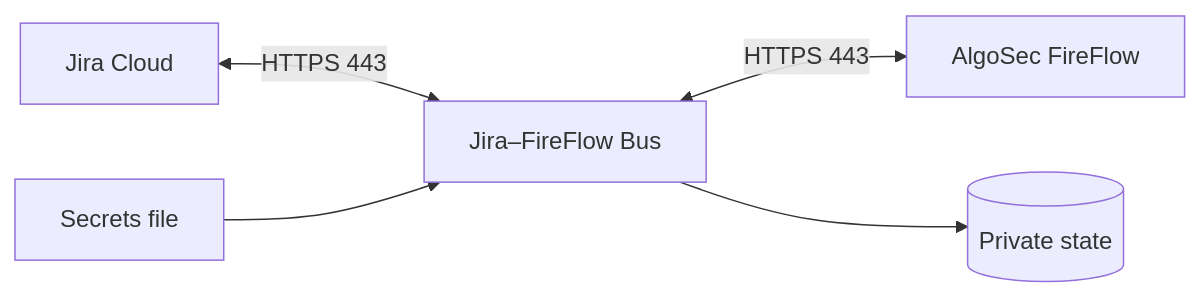
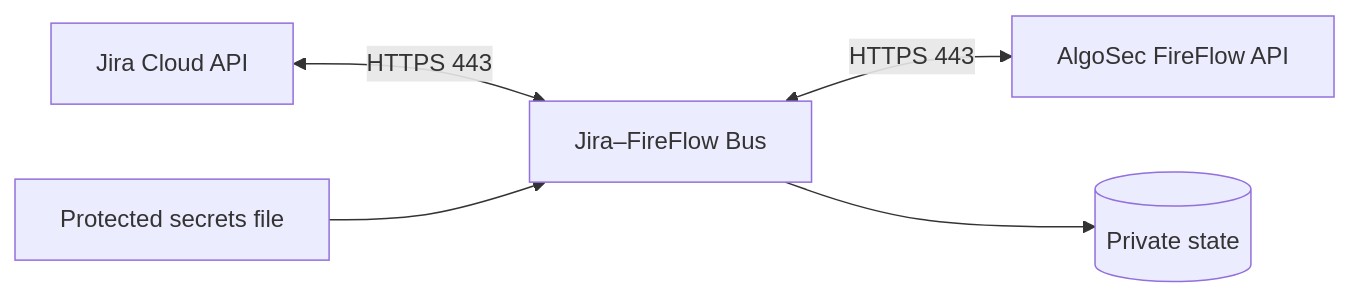
Before and after one commit to kdimiter/jira-fireflow-bus: the diagram in README.md, drawn with Mermaid. The commit also changed other lines of this file and 66 other files, not shown here.

First line of the commit message:
Release self-contained Jira–FireFlow bus 0.2.0 (#10)

````diff
--- a/README.md
+++ b/README.md
@@ -11,7 +7,7 @@
 ```mermaid
 flowchart LR
-    J[Jira Cloud] <-->|HTTPS 443| B[Jira–FireFlow Bus]
-    B <-->|HTTPS 443| F[AlgoSec FireFlow]
+    J[Jira Cloud API] <-->|HTTPS 443| B[Jira–FireFlow Bus]
+    B <-->|HTTPS 443| F[AlgoSec FireFlow API]
     B --> S[(Private state)]
-    K[Secrets file] --> B
+    K[Protected secrets file] --> B
 ```
````
